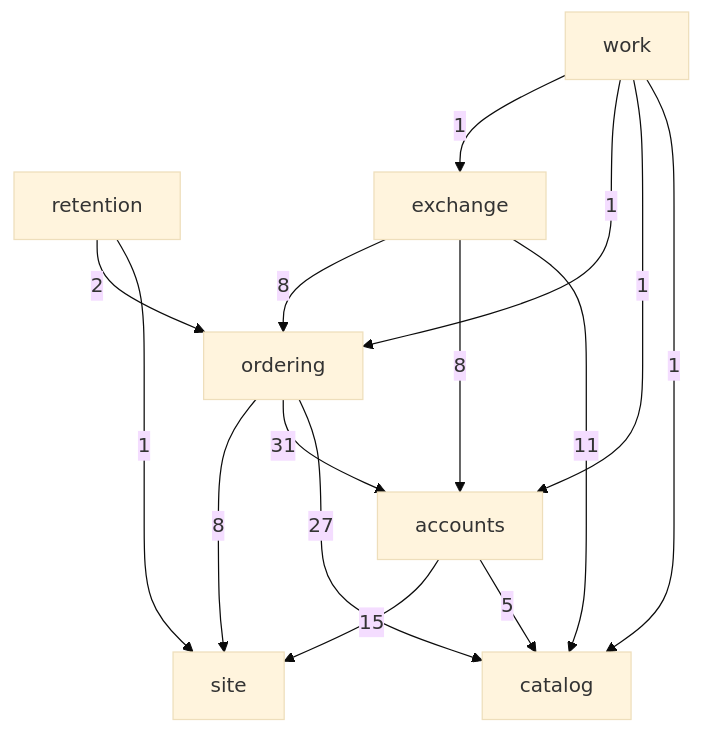
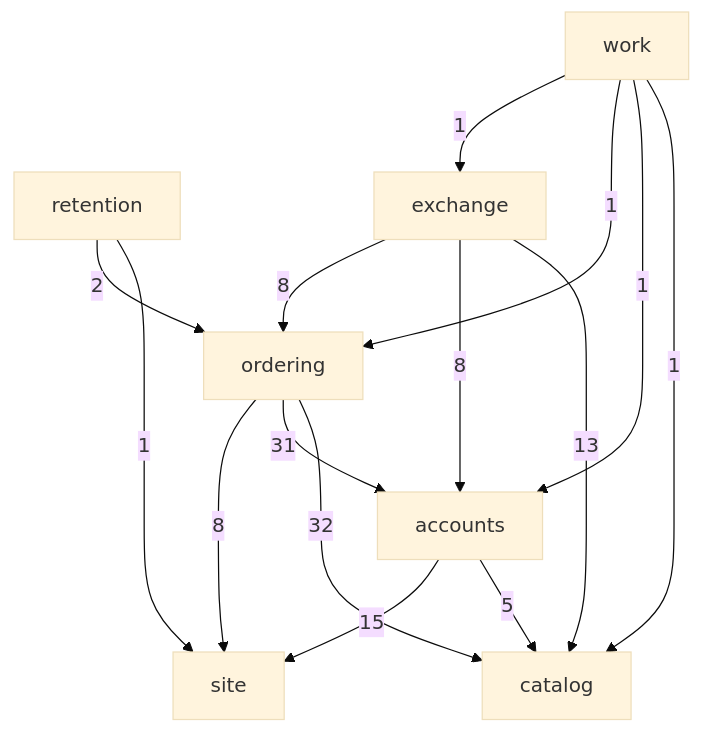
Before and after one commit to vik-koch/b2b-catalog-platform: the third of 5 diagrams in docs/architecture.md, drawn with Mermaid (base theme). The commit also changed other lines of this file and 54 other files, not shown here.

````diff
--- a/docs/architecture.md
+++ b/docs/architecture.md
@@ -162,17 +162,17 @@
 ```mermaid
 flowchart TB
   retention -->|2| ordering
   retention -->|1| site
   work -->|1| exchange
   work -->|1| ordering
   work -->|1| accounts
   work -->|1| catalog
   exchange -->|8| ordering
   exchange -->|8| accounts
-  exchange -->|11| catalog
+  exchange -->|13| catalog
   ordering -->|8| site
   ordering -->|31| accounts
-  ordering -->|27| catalog
+  ordering -->|32| catalog
   accounts -->|15| site
   accounts -->|5| catalog
 ```
````
